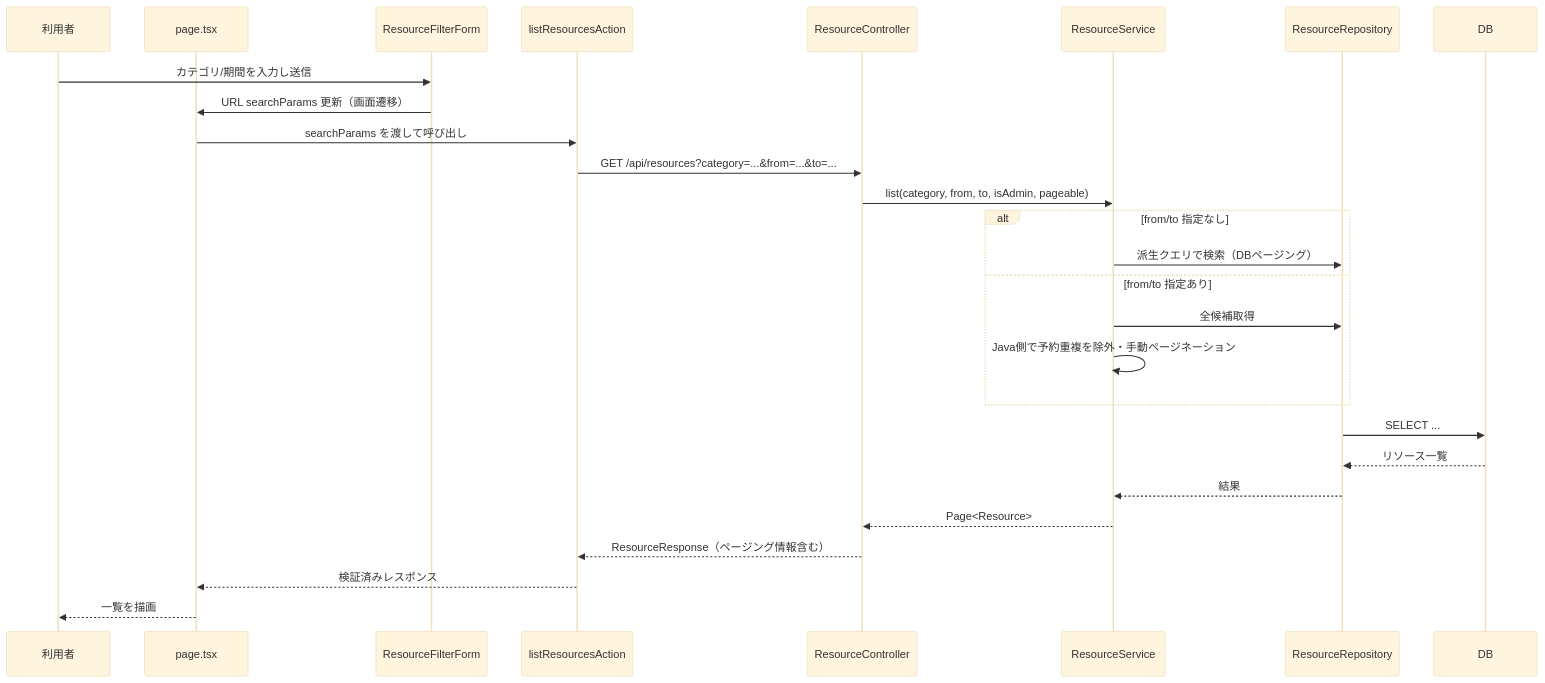
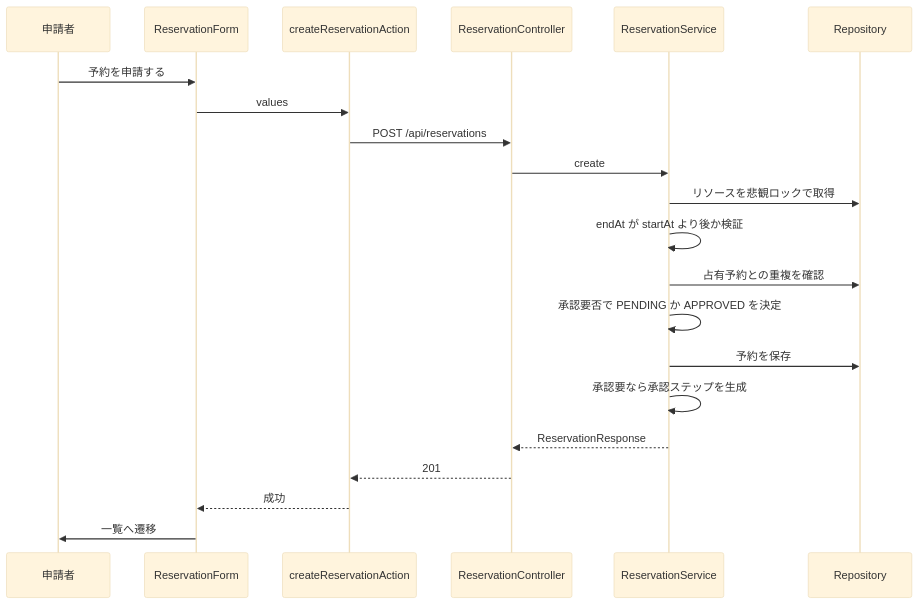
One commit to CHS-Training-Org/ai_training_for_chuo_system changed the second of 2 diagrams in Docs/spec/aidlc-docs/inception/reverse-engineering/architecture.md. Above: the diagram before and after it, drawn with Mermaid (base theme). The commit also changed other lines of this file and 22 other files, not shown here.

````diff
--- a/Docs/spec/aidlc-docs/inception/reverse-engineering/architecture.md
+++ b/Docs/spec/aidlc-docs/inception/reverse-engineering/architecture.md
@@ -70,30 +55,23 @@
 ```mermaid
 sequenceDiagram
-    participant U as 利用者
-    participant P as page.tsx
-    participant F as ResourceFilterForm
-    participant A as listResourcesAction
-    participant C as ResourceController
-    participant S as ResourceService
-    participant R as ResourceRepository
-    participant D as DB
-
-    U->>F: カテゴリ/期間を入力し送信
-    F->>P: URL searchParams 更新（画面遷移）
-    P->>A: searchParams を渡して呼び出し
-    A->>C: GET /api/resources?category=...&from=...&to=...
-    C->>S: list(category, from, to, isAdmin, pageable)
-    alt from/to 指定なし
-        S->>R: 派生クエリで検索（DBページング）
-    else from/to 指定あり
-        S->>R: 全候補取得
-        S->>S: Java側で予約重複を除外・手動ページネーション
-    end
-    R->>D: SELECT ...
-    D-->>R: リソース一覧
-    R-->>S: 結果
-    S-->>C: Page<Resource>
-    C-->>A: ResourceResponse（ページング情報含む）
-    A-->>P: 検証済みレスポンス
-    P-->>U: 一覧を描画
+  participant U as 申請者
+  participant F as ReservationForm
+  participant A as createReservationAction
+  participant C as ReservationController
+  participant S as ReservationService
+  participant R as Repository
+  U->>F: 予約を申請する
+  F->>A: values
+  A->>C: POST /api/reservations
+  C->>S: create
+  S->>R: リソースを悲観ロックで取得
+  S->>S: endAt が startAt より後か検証
+  S->>R: 占有予約との重複を確認
+  S->>S: 承認要否で PENDING か APPROVED を決定
+  S->>R: 予約を保存
+  S->>S: 承認要なら承認ステップを生成
+  S-->>C: ReservationResponse
+  C-->>A: 201
+  A-->>F: 成功
+  F->>U: 一覧へ遷移
 ```
````
